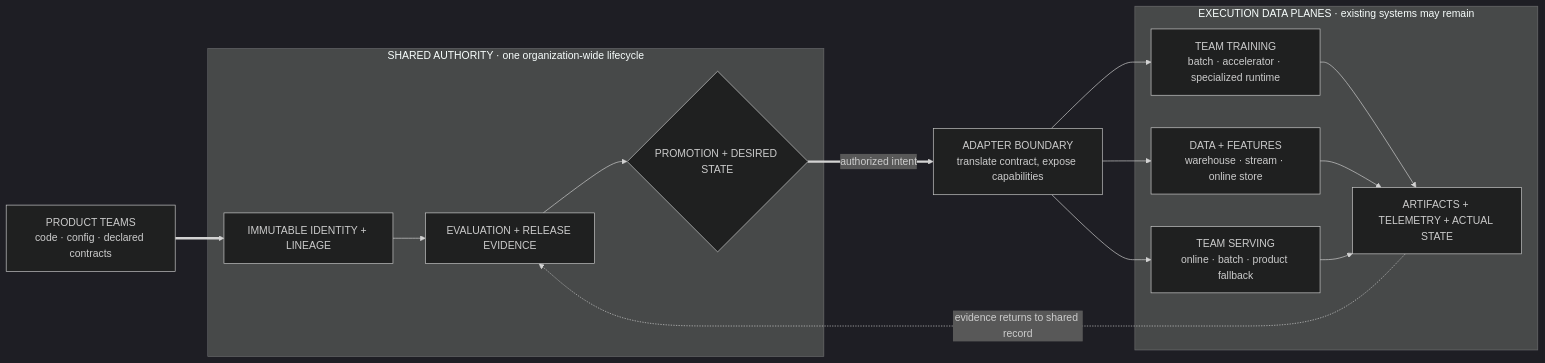
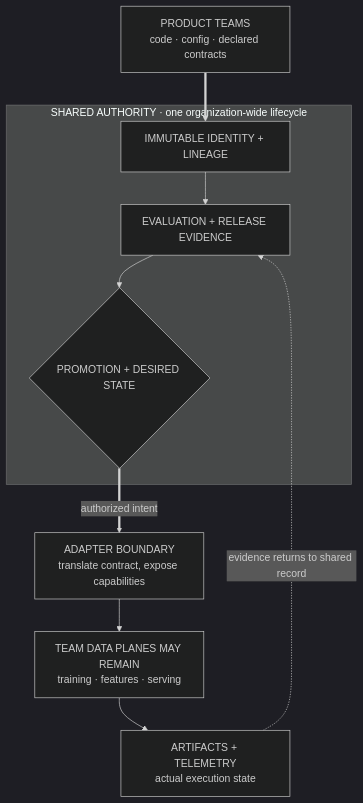
One commit to mlmentorship/mlmentorship.github.io changed the diagram in src/content/posts/2026-08-28-design-multi-team-ml-platform.md. Above: the diagram before and after it, drawn with Mermaid (dark theme). The commit also changed 17 other files, not shown here.

````diff
--- a/src/content/posts/2026-08-28-design-multi-team-ml-platform.md
+++ b/src/content/posts/2026-08-28-design-multi-team-ml-platform.md
@@ -156,39 +156,30 @@
 ```mermaid
-flowchart LR
+flowchart TB
   accTitle: Shared lifecycle authority with replaceable team execution systems
-  accDescr: Product teams submit code, configuration, and declared contracts to one shared lifecycle control plane. The control plane assigns immutable identity and lineage, records evaluation evidence, and authorizes promotion and desired deployment state. That desired state crosses an adapter boundary into existing team training, feature, and serving systems rather than replacing them. Those execution systems return artifacts, telemetry, and actual state as evidence to the shared lifecycle record. The organization standardizes authority and evidence while heterogeneous execution remains replaceable.
+  accDescr: Product teams submit code, configuration, and declared contracts to one shared lifecycle control plane. The control plane assigns immutable identity and lineage, records evaluation evidence, and authorizes promotion and desired deployment state. That desired state crosses an adapter boundary into existing team training, feature, and serving systems rather than replacing them. The data planes return artifacts, telemetry, and actual state as evidence to the shared lifecycle record. The organization standardizes authority and evidence while heterogeneous execution remains replaceable.
   Teams["PRODUCT TEAMS<br/>code · config · declared contracts"]
 
   subgraph SHARED["SHARED AUTHORITY · one organization-wide lifecycle"]
     Identity["IMMUTABLE IDENTITY + LINEAGE"]
     Evidence["EVALUATION + RELEASE EVIDENCE"]
     State{"PROMOTION + DESIRED STATE"}
     Identity --> Evidence --> State
   end
 
   Adapter["ADAPTER BOUNDARY<br/>translate contract, expose capabilities"]
-
-  subgraph EXECUTION["EXECUTION DATA PLANES · existing systems may remain"]
-    Training["TEAM TRAINING<br/>batch · accelerator · specialized runtime"]
-    Features["DATA + FEATURES<br/>warehouse · stream · online store"]
-    Serving["TEAM SERVING<br/>online · batch · product fallback"]
-    Results["ARTIFACTS + TELEMETRY + ACTUAL STATE"]
-    Training --> Results
-    Features --> Results
-    Serving --> Results
-  end
+  Execution["TEAM DATA PLANES MAY REMAIN<br/>training · features · serving"]
+  Results["ARTIFACTS + TELEMETRY<br/>actual execution state"]
 
   Teams ==> Identity
   State ==>|"authorized intent"| Adapter
-  Adapter --> Training
-  Adapter --> Features
-  Adapter --> Serving
+  Adapter --> Execution
+  Execution --> Results
   Results -.->|"evidence returns to shared record"| Evidence
 
   class Teams viz-input
   class Identity,Evidence,State viz-focus
   class Adapter viz-state
-  class Training,Features,Serving viz-neutral
+  class Execution viz-neutral
   class Results viz-output
-  class Teams viz-wide
+  class Teams viz-tall
 ```
````
